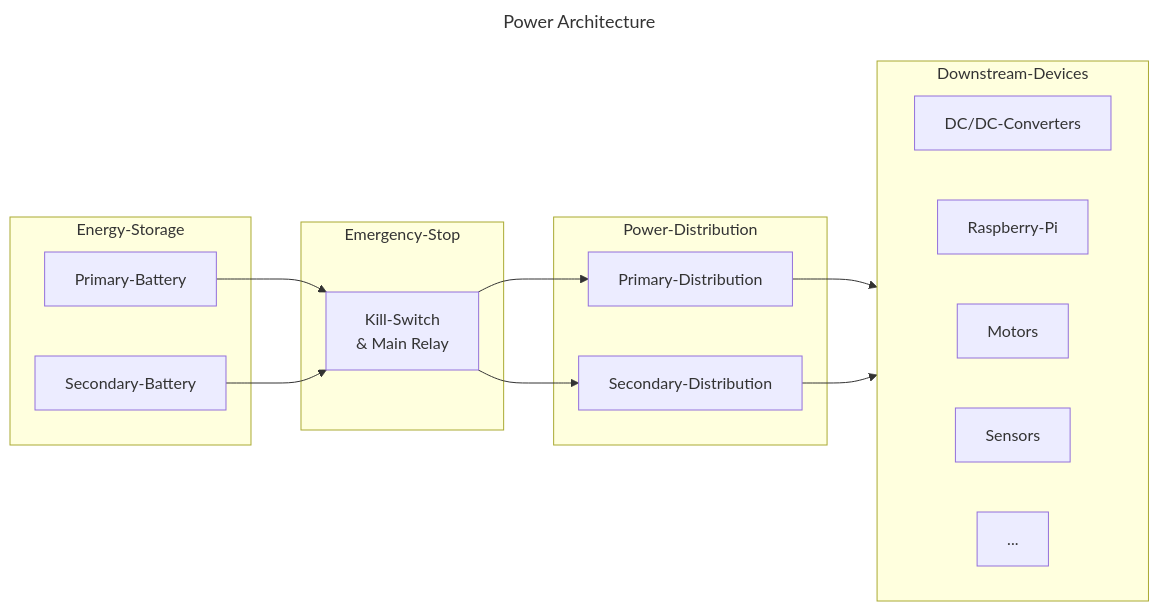
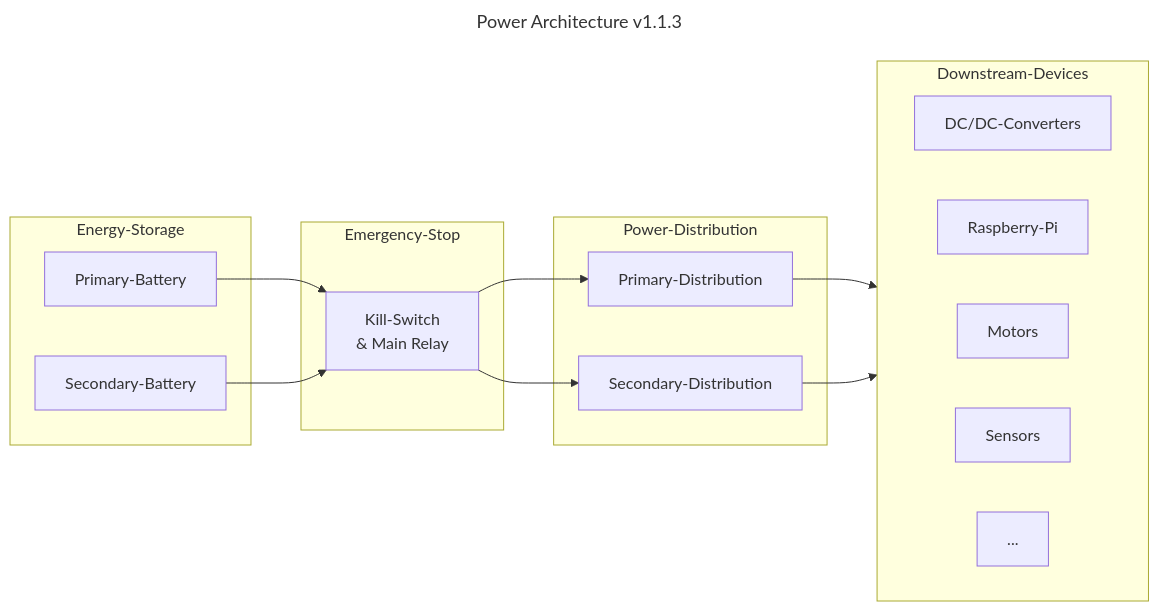
The diagram in hardware/power-architecture.mmd (RWU-R2M/PE), drawn with Mermaid before and after one commit.

Commit message:
major diagram changes, requires versioning in name, updated to 1.1.0

```diff
--- a/hardware/power-architecture.mmd
+++ b/hardware/power-architecture.mmd
@@ -1,32 +1,32 @@
 ---
-title: "Power Architecture"
+title: "Power Architecture v1.1.3"
 ---
-%% v1.0.3
+%% v1.1.3
 
 graph LR
 
 subgraph Energy-Storage
 Primary-Battery
 Secondary-Battery
 end
 
 Primary-Battery & Secondary-Battery --> ES
 subgraph Emergency-Stop
 ES[Kill-Switch \n & Main Relay]
 end
 
 ES --> Primary-Distribution & Secondary-Distribution
 subgraph Power-Distribution
 Primary-Distribution
 Secondary-Distribution
 end
 
 Primary-Distribution & Secondary-Distribution --> Downstream-Devices
 subgraph Downstream-Devices
 direction LR
 DC/DC-Converters
 Raspberry-Pi
 Motors
 Sensors
 ...
 end
```
